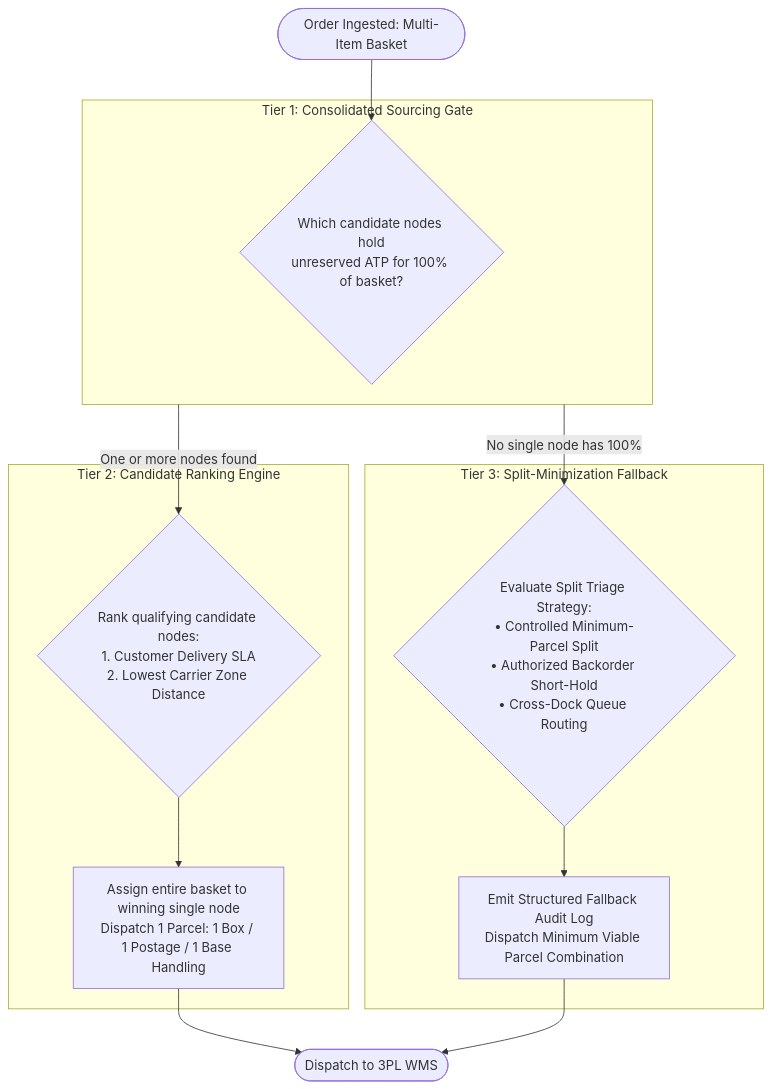
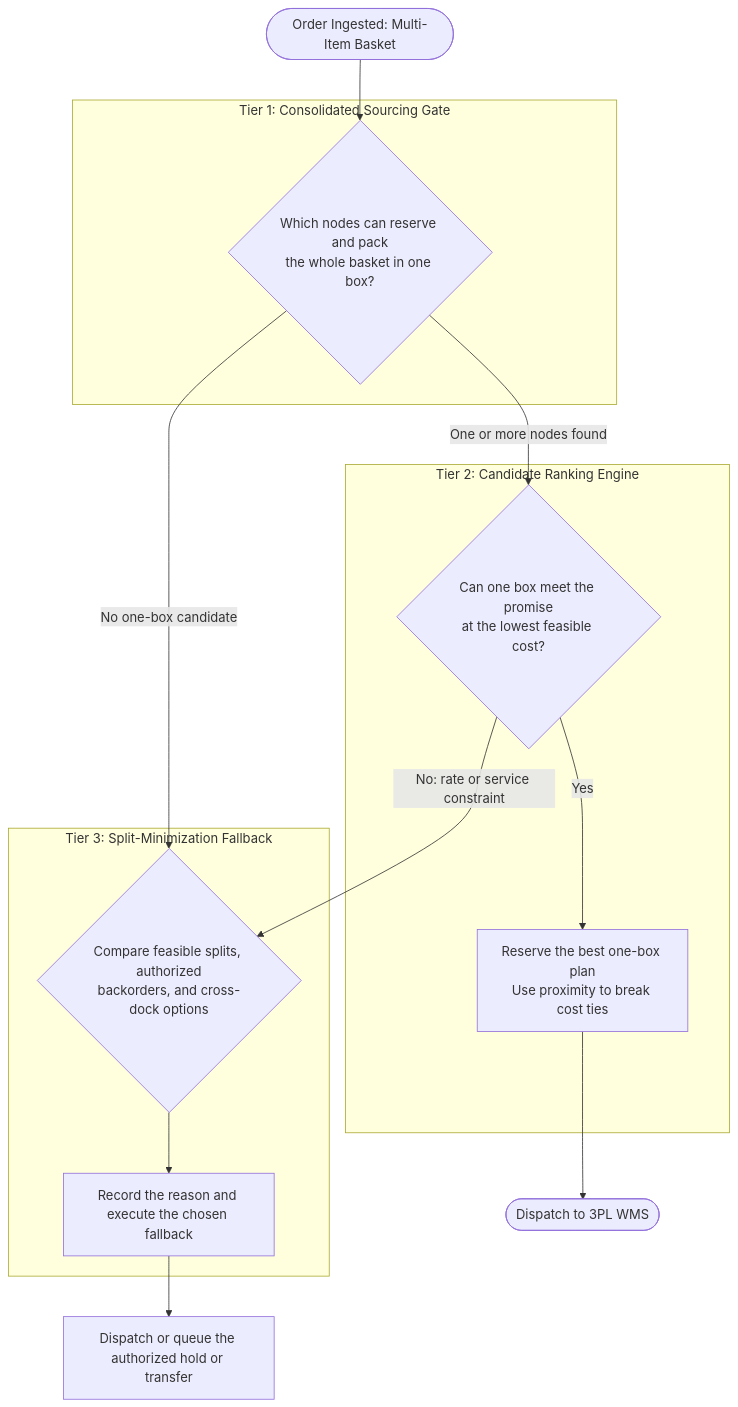
One commit to riovicsusas/portfolio changed the third of 3 diagrams in domain-2-order-routing/MasterDossier-Domain2-MultiNodeLogisticsRouting.md. Above: the diagram before and after it, drawn with Mermaid. The commit also changed other lines of this file and 12 other files, not shown here.

````diff
--- a/domain-2-order-routing/MasterDossier-Domain2-MultiNodeLogisticsRouting.md
+++ b/domain-2-order-routing/MasterDossier-Domain2-MultiNodeLogisticsRouting.md
@@ -446,24 +453,25 @@
 ```mermaid
 flowchart TD
     R(["Order Ingested: Multi-Item Basket"]) --> T1
 
     subgraph Tier1["Tier 1: Consolidated Sourcing Gate"]
-        T1{"Which candidate nodes hold<br>unreserved ATP for 100% of basket?"}
+        T1{"Which nodes can reserve and pack<br>the whole basket in one box?"}
     end
 
-    Tier1 -- "One or more nodes found" --> T2
-    Tier1 -- "No single node has 100%" --> T3
+    T1 -- "One or more nodes found" --> T2
+    T1 -- "No one-box candidate" --> T3
 
     subgraph Tier2["Tier 2: Candidate Ranking Engine"]
-        T2{"Rank qualifying candidate nodes:<br>1. Customer Delivery SLA<br>2. Lowest Carrier Zone Distance"}
-        T2 --> A1["Assign entire basket to winning single node<br>Dispatch 1 Parcel: 1 Box / 1 Postage / 1 Base Handling"]
+        T2{"Can one box meet the promise<br>at the lowest feasible cost?"}
+        T2 -- "Yes" --> A1["Reserve the best one-box plan<br>Use proximity to break cost ties"]
     end
 
     subgraph Tier3["Tier 3: Split-Minimization Fallback"]
-        T3{"Evaluate Split Triage Strategy:<br>• Controlled Minimum-Parcel Split<br>• Authorized Backorder Short-Hold<br>• Cross-Dock Queue Routing"}
-        T3 --> A2["Emit Structured Fallback Audit Log<br>Dispatch Minimum Viable Parcel Combination"]
+        T3{"Compare feasible splits, authorized<br>backorders, and cross-dock options"}
+        T3 --> A2["Record the reason and execute the chosen fallback"]
     end
 
+    T2 -- "No: rate or service constraint" --> T3
     A1 --> Done(["Dispatch to 3PL WMS"])
-    A2 --> Done
+    A2 --> FollowThrough["Dispatch or queue the authorized hold or transfer"]
 ```
````
